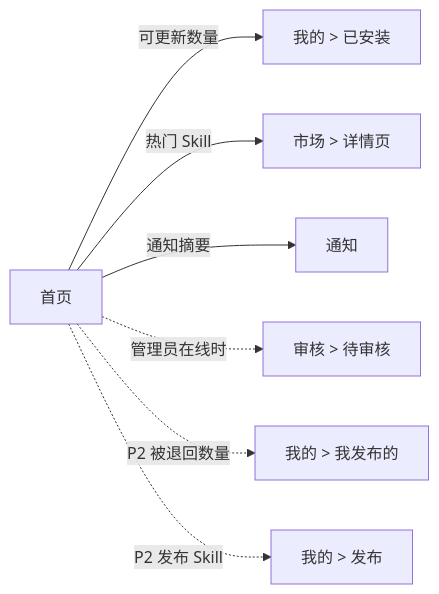
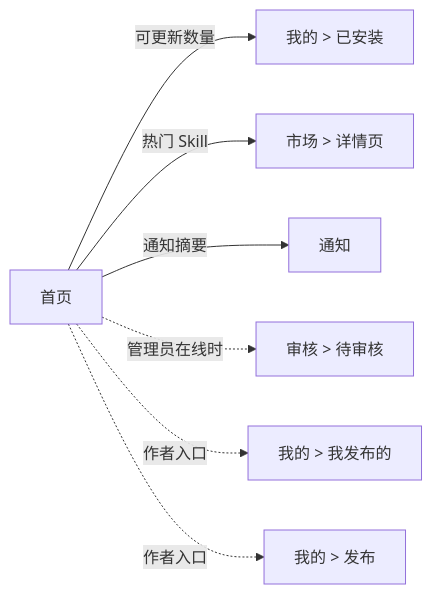
One commit to HaibinZhang1/Enterprise-Agent-Hub changed the second of 3 diagrams in docs/RequirementDocument/06_page_architecture.md. Above: the diagram before and after it, drawn with Mermaid. The commit also changed other lines of this file and 74 other files, not shown here.

````diff
--- a/docs/RequirementDocument/06_page_architecture.md
+++ b/docs/RequirementDocument/06_page_architecture.md
@@ -116,10 +116,10 @@
 ```mermaid
 flowchart LR
     HOME["首页"]
     HOME -->|"可更新数量"| MY1["我的 > 已安装"]
     HOME -->|"热门 Skill"| M3["市场 > 详情页"]
     HOME -->|"通知摘要"| NOTIFY["通知"]
     HOME -.->|"管理员在线时"| R1["审核 > 待审核"]
-    HOME -.->|"P2 被退回数量"| MY2["我的 > 我发布的"]
-    HOME -.->|"P2 发布 Skill"| MY3["我的 > 发布"]
+    HOME -.->|"作者入口"| MY2["我的 > 我发布的"]
+    HOME -.->|"作者入口"| MY3["我的 > 发布"]
 ```
````
